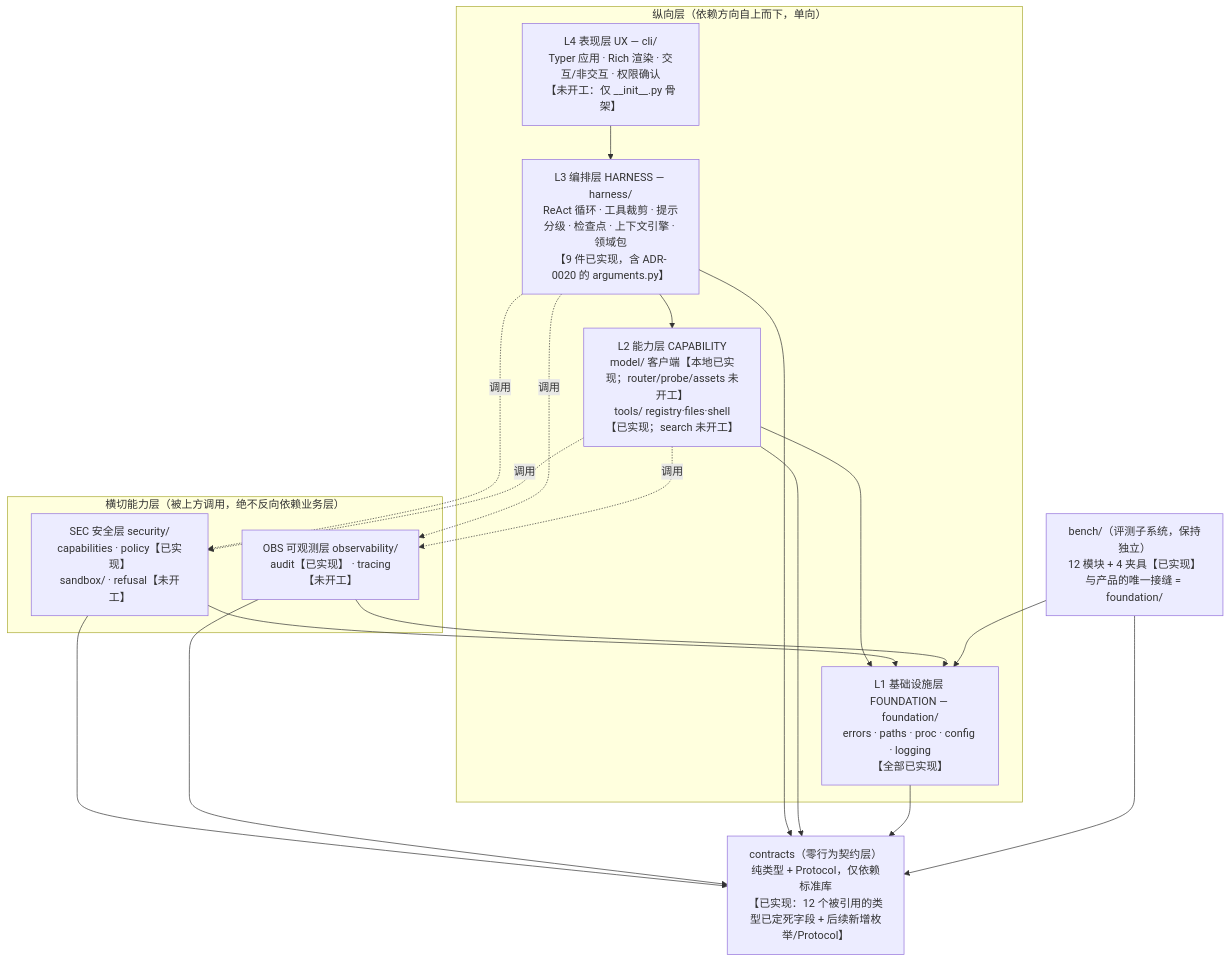
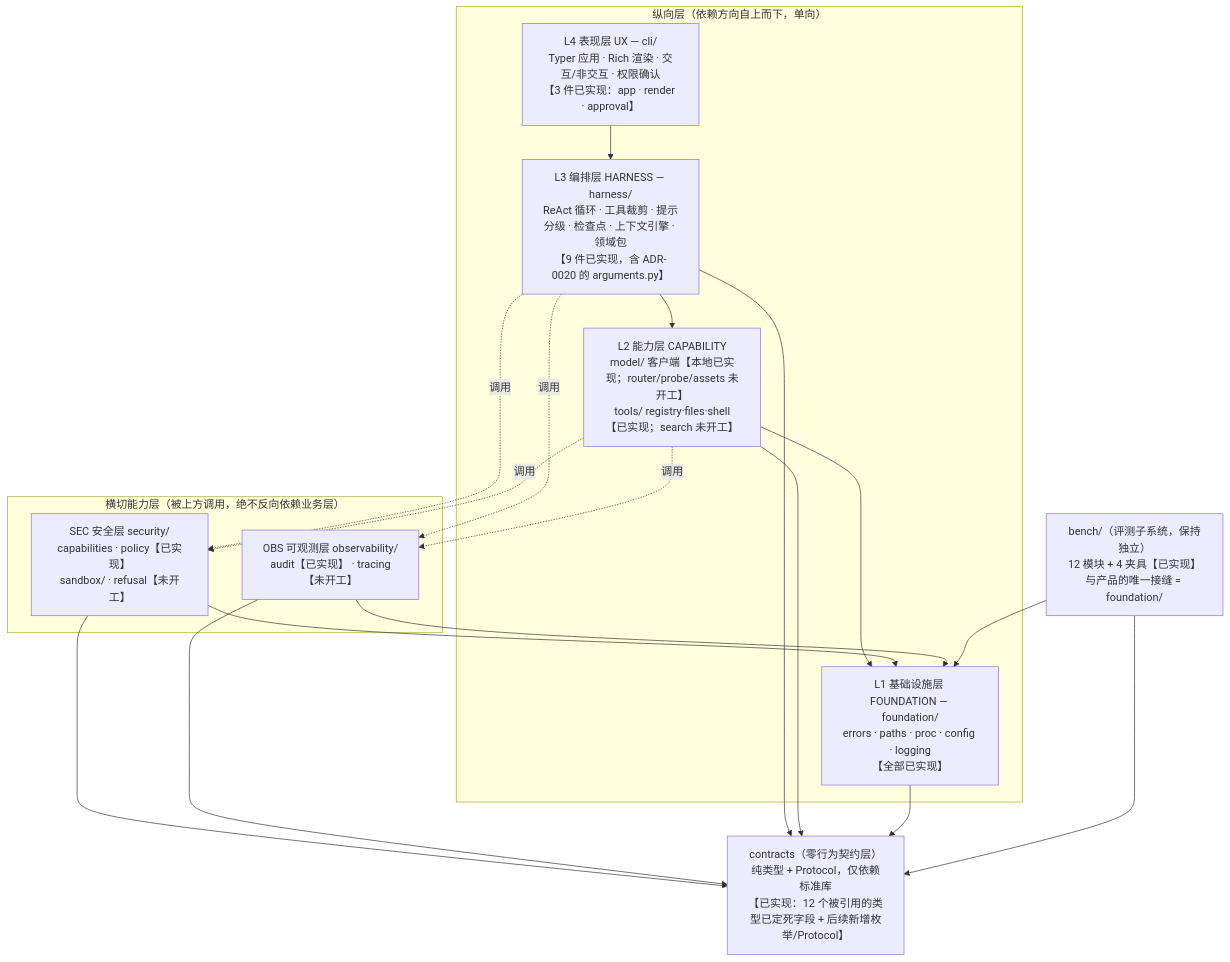
One commit to sukinoelsuki/software_engineering changed the first of 4 diagrams in docs/design/architecture.md. Above: the diagram before and after it, drawn with Mermaid. The commit also changed other lines of this file, not shown here.

First line of the commit message:
docs(architecture): 同步 cli/ 的实现状态为已实现

````diff
--- a/docs/design/architecture.md
+++ b/docs/design/architecture.md
@@ -56,34 +58,34 @@
 ```mermaid
 flowchart TD
     subgraph V["纵向层（依赖方向自上而下，单向）"]
-        UX["L4 表现层 UX — cli/<br/>Typer 应用 · Rich 渲染 · 交互/非交互 · 权限确认<br/>【未开工：仅 __init__.py 骨架】"]
+        UX["L4 表现层 UX — cli/<br/>Typer 应用 · Rich 渲染 · 交互/非交互 · 权限确认<br/>【3 件已实现：app · render · approval】"]
         HARNESS["L3 编排层 HARNESS — harness/<br/>ReAct 循环 · 工具裁剪 · 提示分级 · 检查点 · 上下文引擎 · 领域包<br/>【9 件已实现，含 ADR-0020 的 arguments.py】"]
         CAP["L2 能力层 CAPABILITY<br/>model/ 客户端【本地已实现；router/probe/assets 未开工】<br/>tools/ registry·files·shell【已实现；search 未开工】"]
         FND["L1 基础设施层 FOUNDATION — foundation/<br/>errors · paths · proc · config · logging<br/>【全部已实现】"]
     end
 
     subgraph X["横切能力层（被上方调用，绝不反向依赖业务层）"]
         SEC["SEC 安全层 security/<br/>capabilities · policy【已实现】<br/>sandbox/ · refusal【未开工】"]
         OBS["OBS 可观测层 observability/<br/>audit【已实现】 · tracing【未开工】"]
     end
 
     CTR["contracts（零行为契约层）<br/>纯类型 + Protocol，仅依赖标准库<br/>【已实现：12 个被引用的类型已定死字段 + 后续新增枚举/Protocol】"]
     BENCH["bench/（评测子系统，保持独立）<br/>12 模块 + 4 夹具【已实现】<br/>与产品的唯一接缝 = foundation/"]
 
     UX --> HARNESS
     HARNESS --> CAP
     CAP --> FND
     HARNESS -. 调用 .-> SEC
     HARNESS -. 调用 .-> OBS
     CAP -. 调用 .-> SEC
     CAP -. 调用 .-> OBS
     SEC --> FND
     OBS --> FND
     SEC --> CTR
     OBS --> CTR
     HARNESS --> CTR
     CAP --> CTR
     FND --> CTR
     BENCH --> FND
     BENCH --> CTR
 ```
````
